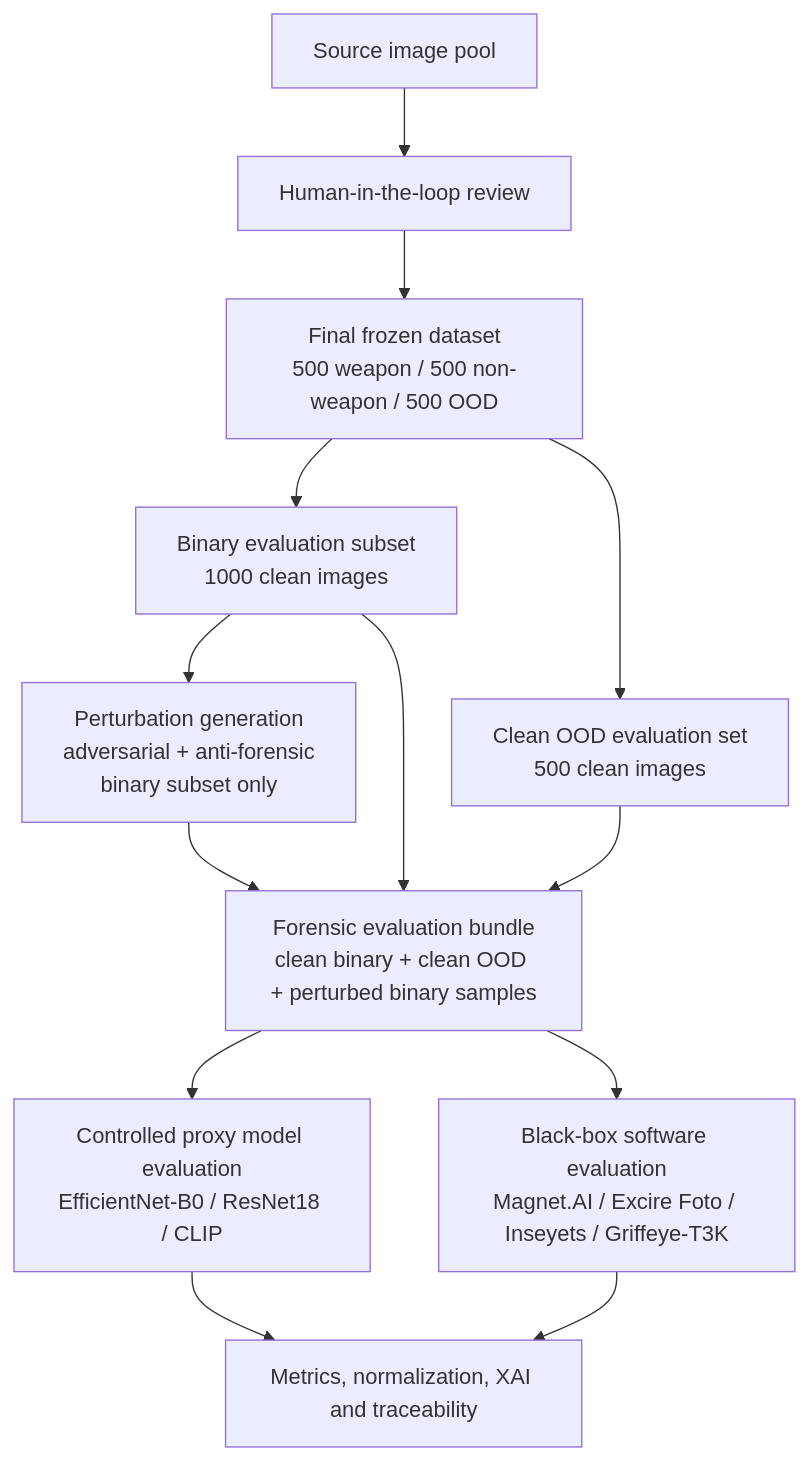
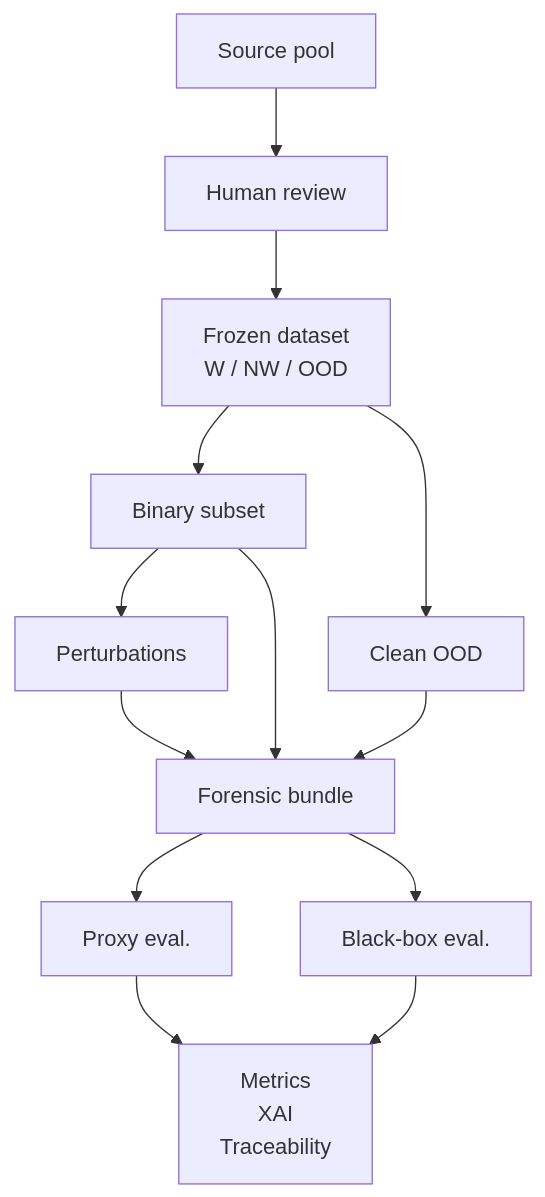
Before and after one commit to lmolinario/msc-thesis-ai-robustness-in-digital-forensics: the diagram in README.md, drawn with Mermaid.

````diff
--- a/README.md
+++ b/README.md
@@ -61,30 +61,29 @@
 ```mermaid
 flowchart TD
-    A[Source image pool]
-    B[Human-in-the-loop review]
-    C[Final frozen dataset<br/>500 weapon / 500 non-weapon / 500 OOD]
+    A["Source pool"]
+    B["Human review"]
+    C["Frozen dataset<br/>W / NW / OOD"]
 
-    D[Binary evaluation subset<br/>1000 clean images]
-    E[Clean OOD evaluation set<br/>500 clean images]
+    D["Binary subset"]
+    E["Clean OOD"]
 
-    F[Perturbation generation<br/>adversarial + anti-forensic<br/>binary subset only]
+    F["Perturbations"]
+    G["Forensic bundle"]
 
-    G[Forensic evaluation bundle<br/>clean binary + clean OOD + perturbed binary samples]
+    H["Proxy eval."]
+    I["Black-box eval."]
 
-    H[Controlled proxy model evaluation<br/>EfficientNet-B0 / ResNet18 / CLIP]
-    I[Black-box software evaluation<br/>Magnet.AI / Excire Foto / Inseyets / Griffeye-T3K]
-
-    J[Metrics, normalization, XAI and traceability]
+    J["Metrics<br/>XAI<br/>Traceability"]
 
     A --> B --> C
     C --> D
     C --> E
     D --> F
     D --> G
     E --> G
     F --> G
     G --> H
     G --> I
     H --> J
     I --> J
 ```
````
